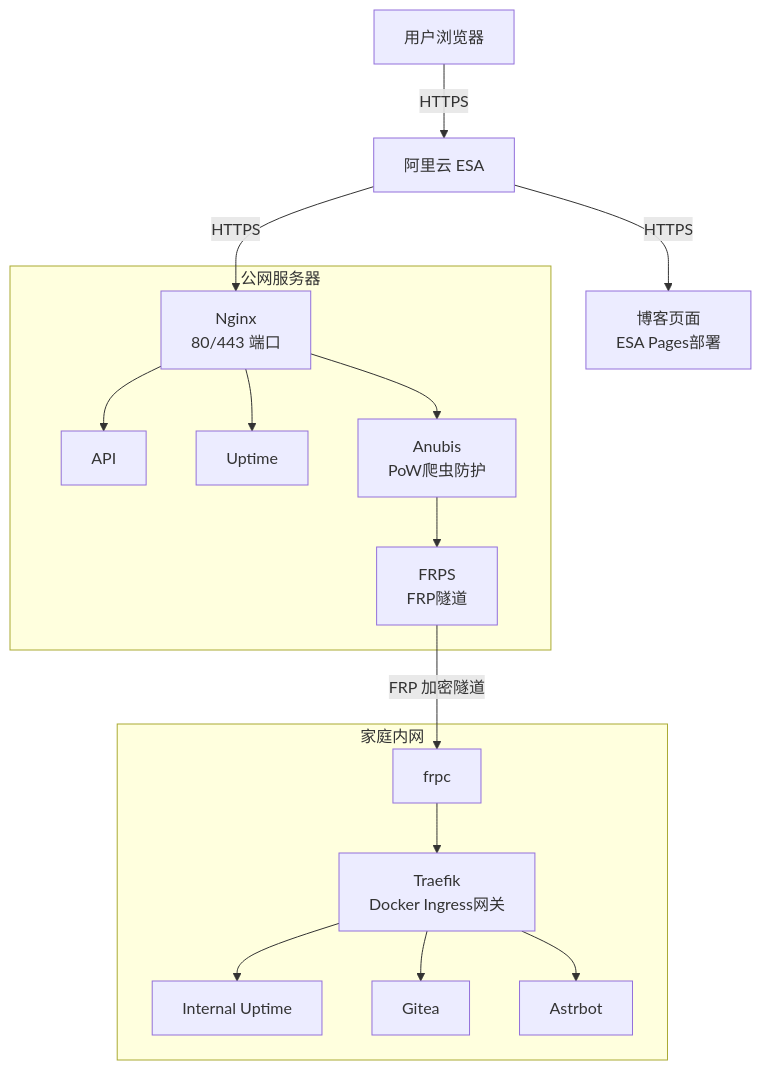
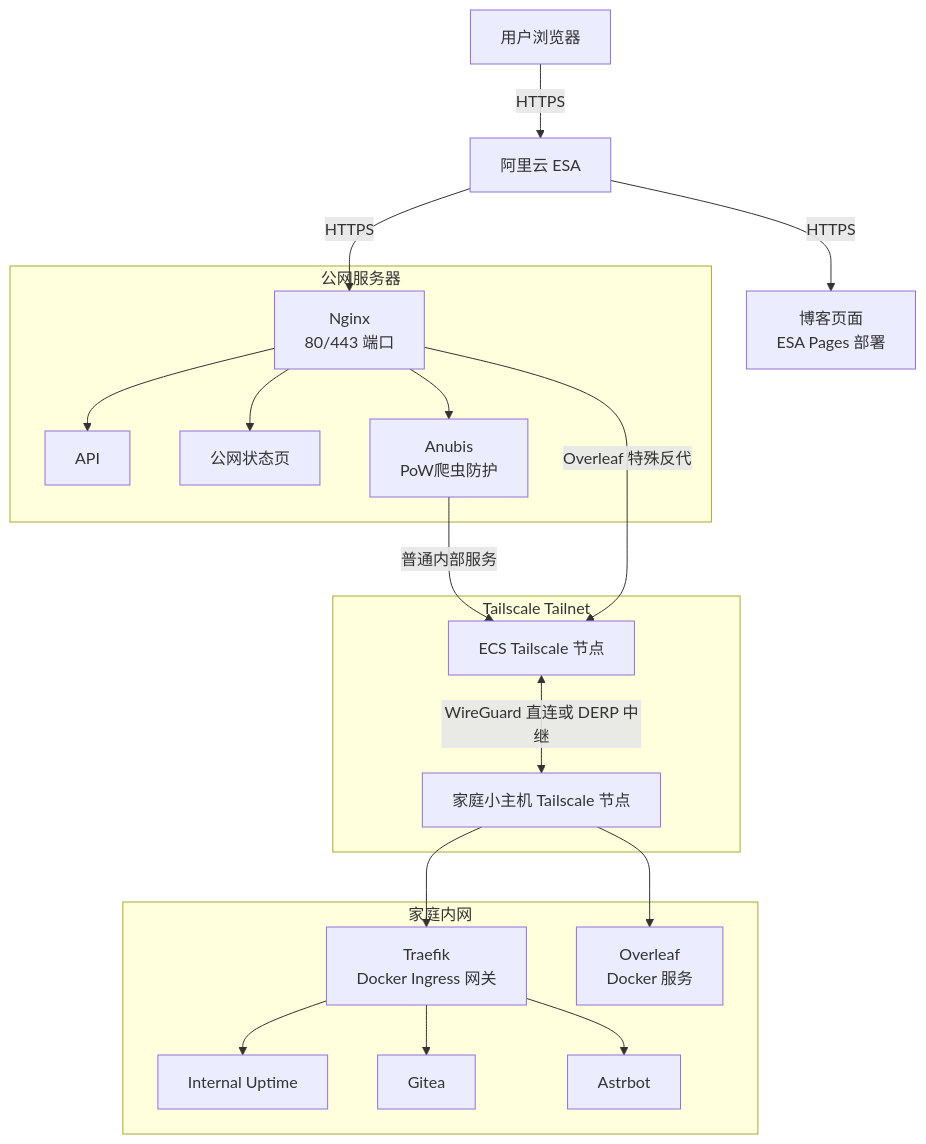
The diagram in source/about/index.md (kyangconn/kyangconn.github.io), drawn with Mermaid before and after one commit. The commit also changed other lines of this file and 5 other files, not shown here.

````diff
--- a/source/about/index.md
+++ b/source/about/index.md
@@ -50,23 +60,30 @@
 ```mermaid
 graph TD
     User[用户浏览器] -->|HTTPS| ESA[阿里云 ESA]
 
-    ESA -->|HTTPS| ESA_Pages[博客页面<br/>ESA Pages部署]
+    ESA -->|HTTPS| ESA_Pages[博客页面<br/>ESA Pages 部署]
     ESA -->|HTTPS| Nginx_ECS[Nginx<br/>80/443 端口]
 
     subgraph 公网服务器
         Nginx_ECS --> API
-        Nginx_ECS --> Uptime
+        Nginx_ECS --> Public_Uptime[公网状态页]
         Nginx_ECS --> Anubis[Anubis<br/>PoW爬虫防护]
-        Anubis --> FRPS[FRPS<br/>FRP隧道]
     end
 
-    FRPS -->|FRP 加密隧道 | FRPC[frpc]
+    subgraph Tailnet[Tailscale Tailnet]
+        ECS_TS[ECS Tailscale 节点]
+        Home_TS[家庭小主机 Tailscale 节点]
+        ECS_TS <-->|WireGuard 直连或 DERP 中继| Home_TS
+    end
+
+    Anubis -->|普通内部服务| ECS_TS
+    Nginx_ECS -->|Overleaf 特殊反代| ECS_TS
 
     subgraph 家庭内网
-        FRPC --> Traefik[Traefik<br/>Docker Ingress网关]
+        Home_TS --> Traefik[Traefik<br/>Docker Ingress 网关]
         Traefik --> Internal_Uptime[Internal Uptime]
         Traefik --> Gitea[Gitea]
         Traefik --> Astrbot[Astrbot]
+        Home_TS --> Overleaf[Overleaf<br/>Docker 服务]
     end
 ```
````
